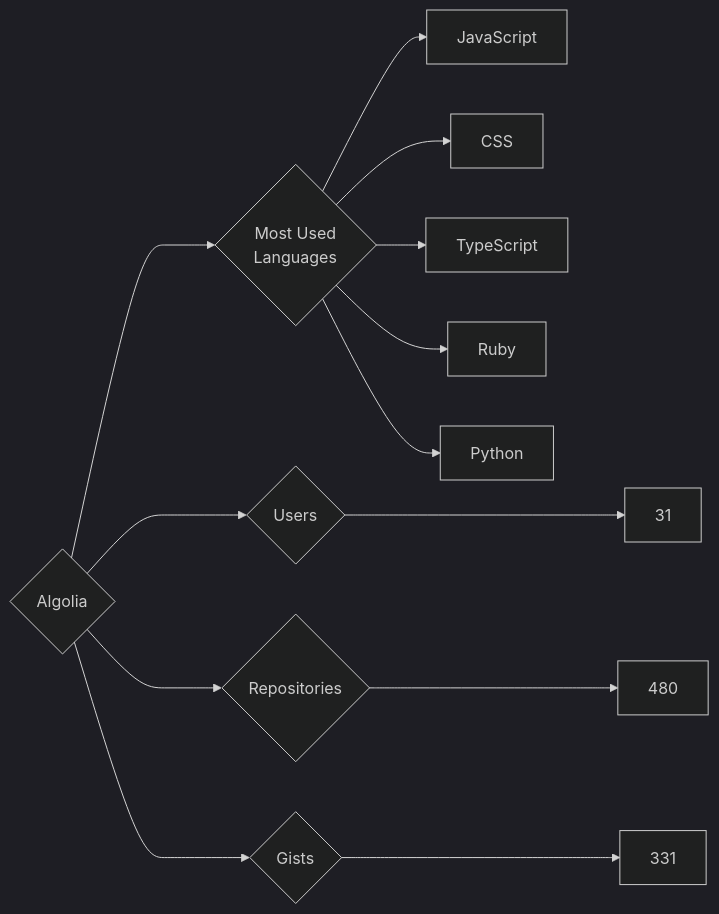
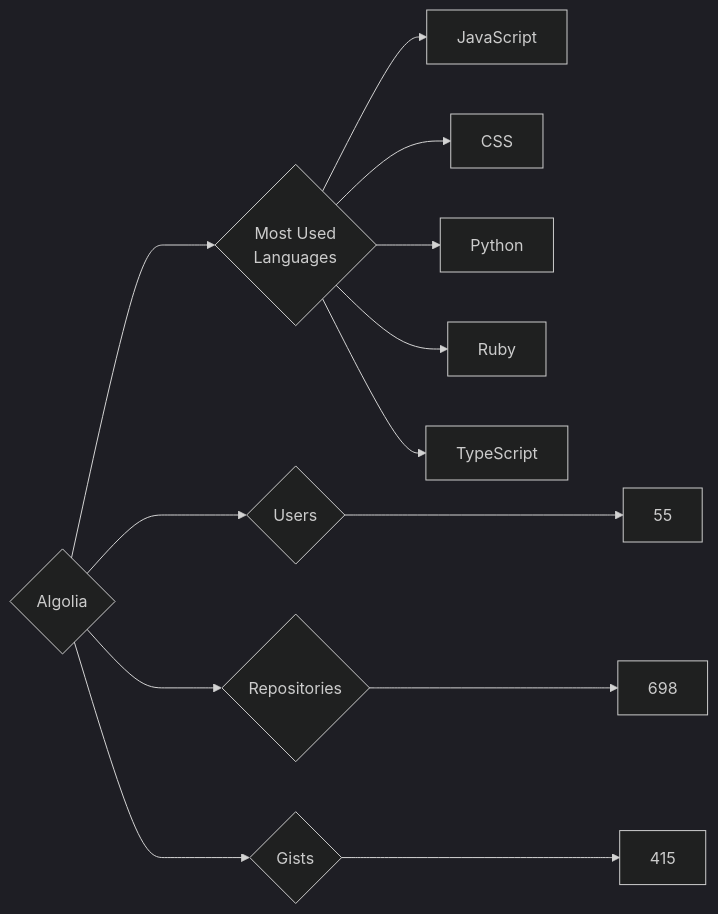
The diagram in targets/Algolia/README.md (trickest/insiders), drawn with Mermaid (dark theme) before and after one commit. The commit also changed 736 other files, not shown here.

````diff
--- a/targets/Algolia/README.md
+++ b/targets/Algolia/README.md
@@ -3,13 +3,13 @@
 ```mermaid
 graph LR
 COMPANY_NAME{Algolia}
-COMPANY_NAME ---> U{Users} ---> UN[31]
-COMPANY_NAME ---> R{Repositories} ---> RN[480]
-COMPANY_NAME ---> G{Gists} ---> GN[331]
+COMPANY_NAME ---> U{Users} ---> UN[55]
+COMPANY_NAME ---> R{Repositories} ---> RN[698]
+COMPANY_NAME ---> G{Gists} ---> GN[415]
 COMPANY_NAME ---> ML{Most Used<br>Languages}
 ML --> JavaScript[JavaScript]
 ML --> CSS[CSS]
+ML --> Python[Python]
+ML --> Ruby[Ruby]
 ML --> TypeScript[TypeScript]
-ML --> Ruby[Ruby]
-ML --> Python[Python]
 ```
````
